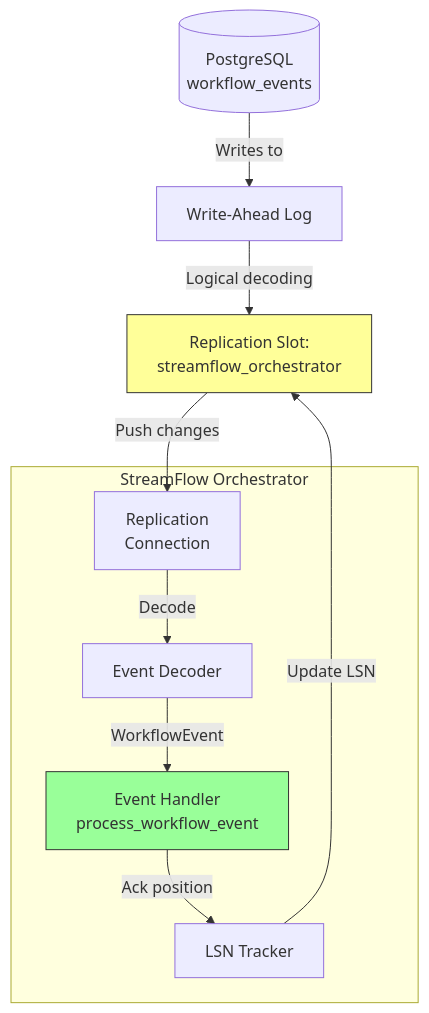
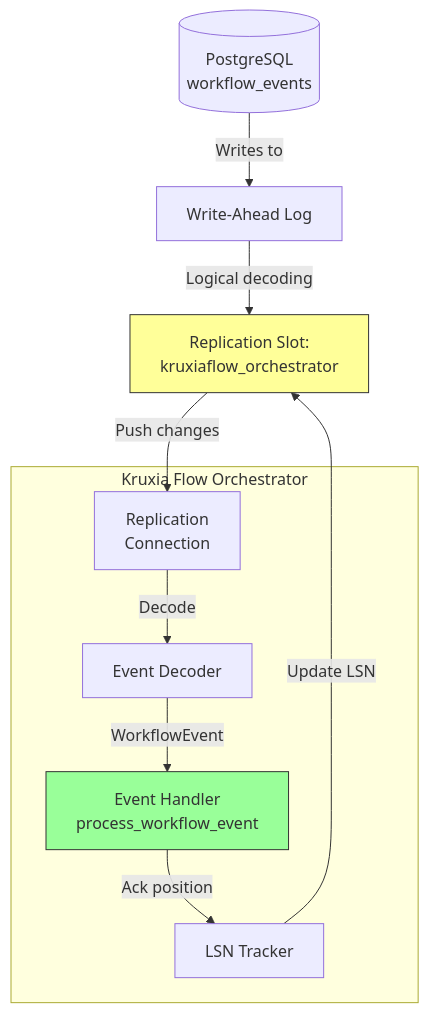
Before and after one commit to kruxia/kruxiaflow: the fourth of 6 diagrams in docs/performance/logical-replication-report.md, drawn with Mermaid. The commit also changed other lines of this file and 239 other files, not shown here.

Commit message:
Rename StreamFlow => Kruxia Flow

````diff
--- a/docs/performance/logical-replication-report.md
+++ b/docs/performance/logical-replication-report.md
@@ -360,24 +360,24 @@
 ```mermaid
 flowchart TB
     PG[(PostgreSQL<br/>workflow_events)]
     WAL[Write-Ahead Log]
-    Slot[Replication Slot:<br/>streamflow_orchestrator]
+    Slot[Replication Slot:<br/>kruxiaflow_orchestrator]
 
-    subgraph "StreamFlow Orchestrator"
+    subgraph "Kruxia Flow Orchestrator"
         Conn[Replication<br/>Connection]
         Decoder[Event Decoder]
         Handler[Event Handler<br/>process_workflow_event]
         LSN[LSN Tracker]
     end
 
     PG -->|Writes to| WAL
     WAL -->|Logical decoding| Slot
     Slot -->|Push changes| Conn
     Conn -->|Decode| Decoder
     Decoder -->|WorkflowEvent| Handler
     Handler -->|Ack position| LSN
     LSN -->|Update LSN| Slot
 
     style Slot fill:#ff9,stroke:#333
     style Handler fill:#9f9,stroke:#333
 ```
````
